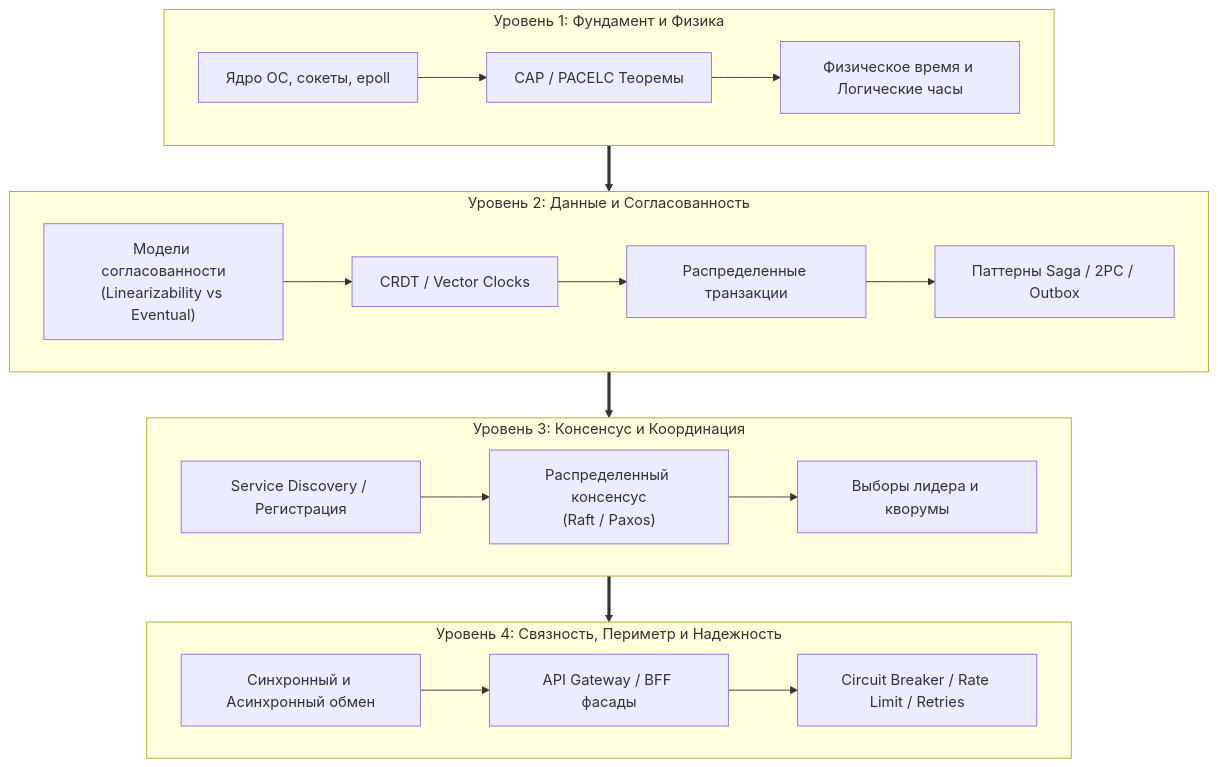
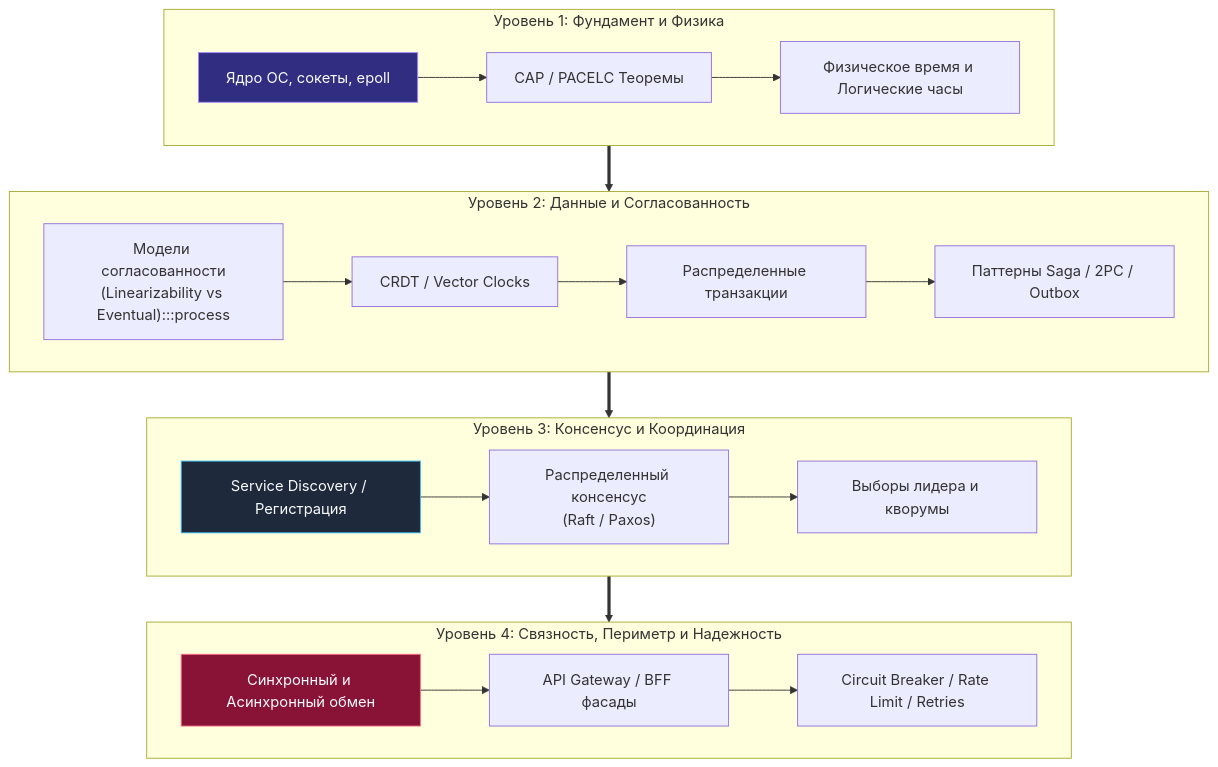
Before and after one commit to UnrealTemplier/go-textbook: the first of 2 diagrams in sources/14. Распределенные системы на Go/10. Итог/1. Итоги раздела. Практика построения распределенных систем.md, drawn with Mermaid. The commit also changed other lines of this file and 1666 other files, not shown here.

First line of the commit message:
feat(mermaid): add semantic color classDef to 1369 colorless flowchart/graph diagrams

````diff
--- a/sources/14. Распределенные системы на Go/10. Итог/1. Итоги раздела. Практика построения распределенных систем.md
+++ b/sources/14. Распределенные системы на Go/10. Итог/1. Итоги раздела. Практика построения распределенных систем.md
@@ -42,27 +42,37 @@
 ```mermaid
 flowchart TD
+    classDef process  fill:#1e293b,stroke:#38bdf8,stroke-width:1px,color:#f8fafc
+    classDef success  fill:#064e3b,stroke:#34d399,stroke-width:1px,color:#f8fafc
+    classDef error    fill:#7f1d1d,stroke:#f87171,stroke-width:1px,color:#f8fafc
+    classDef warning  fill:#78350f,stroke:#fbbf24,stroke-width:1px,color:#f8fafc
+    classDef entry    fill:#1e3a5f,stroke:#38bdf8,stroke-width:2px,color:#f8fafc
+    classDef aux      fill:#334155,stroke:#64748b,stroke-width:1px,color:#f8fafc
+    classDef system   fill:#312e81,stroke:#a78bfa,stroke-width:1px,color:#f8fafc
+    classDef data     fill:#132d29,stroke:#2dd4bf,stroke-width:1px,color:#f8fafc
+    classDef network  fill:#881337,stroke:#fb7185,stroke-width:1px,color:#f8fafc
+    classDef accent   fill:#1e1b4b,stroke:#818cf8,stroke-width:1px,color:#f8fafc
     subgraph L1["Уровень 1: Фундамент и Физика"]
-        A["Ядро ОС, сокеты, epoll"] --> B["CAP / PACELC Теоремы"]
+        A["Ядро ОС, сокеты, epoll"]:::system --> B["CAP / PACELC Теоремы"]
         B --> C["Физическое время и Логические часы"]
     end
 
     subgraph L2["Уровень 2: Данные и Согласованность"]
-        D["Модели согласованности<br>(Linearizability vs Eventual)"] --> E["CRDT / Vector Clocks"]
+        D["Модели согласованности<br>(Linearizability vs Eventual):::process"] --> E["CRDT / Vector Clocks"]
         E --> F["Распределенные транзакции"]
         F --> G["Паттерны Saga / 2PC / Outbox"]
     end
 
     subgraph L3["Уровень 3: Консенсус и Координация"]
-        H["Service Discovery / Регистрация"] --> I["Распределенный консенсус<br>(Raft / Paxos)"]
+        H["Service Discovery / Регистрация"]:::process --> I["Распределенный консенсус<br>(Raft / Paxos)"]
         I --> J["Выборы лидера и кворумы"]
     end
 
     subgraph L4["Уровень 4: Связность, Периметр и Надежность"]
-        K["Синхронный и Асинхронный обмен"] --> L["API Gateway / BFF фасады"]
+        K["Синхронный и Асинхронный обмен"]:::network --> L["API Gateway / BFF фасады"]
         L --> M["Circuit Breaker / Rate Limit / Retries"]
     end
 
     L1 ==> L2
     L2 ==> L3
     L3 ==> L4
 ```
````
